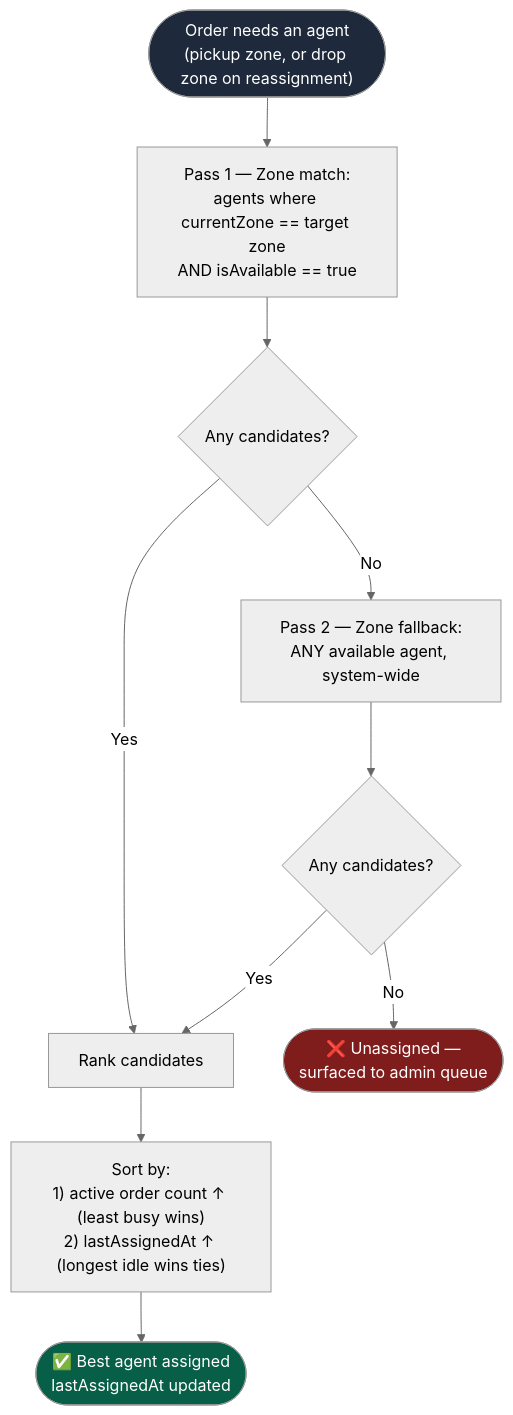
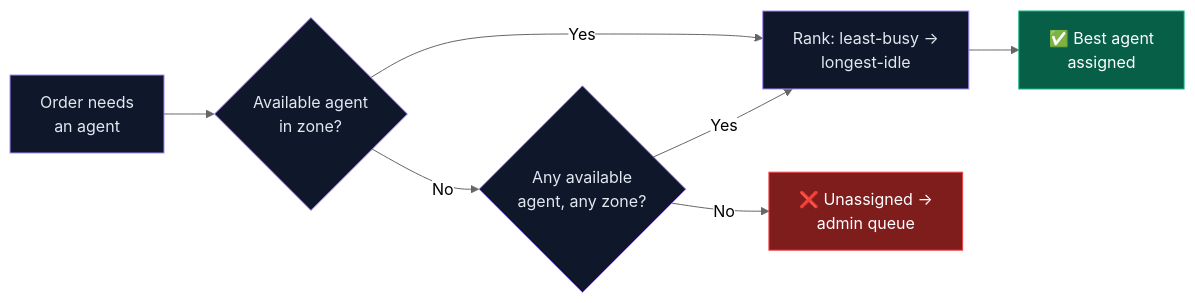
Before and after one commit to mittalsaks/LastMile_Delivery_Tracker: the third of 4 diagrams in SYSTEM_DESIGN.md, drawn with Mermaid (neutral theme). The commit also changed other lines of this file, not shown here.

````diff
--- a/SYSTEM_DESIGN.md
+++ b/SYSTEM_DESIGN.md
@@ -81,16 +82,13 @@
 ```mermaid
-flowchart TD
-    A(["Order needs an agent<br/>(pickup zone, or drop zone on reassignment)"]) --> B["Pass 1 — Zone match:<br/>agents where currentZone == target zone<br/>AND isAvailable == true"]
-    B --> C{"Any candidates?"}
-    C -- "Yes" --> E["Rank candidates"]
-    C -- "No" --> D["Pass 2 — Zone fallback:<br/>ANY available agent, system-wide"]
-    D --> C2{"Any candidates?"}
-    C2 -- "No" --> F(["❌ Unassigned —<br/>surfaced to admin queue"])
-    C2 -- "Yes" --> E
-    E --> G["Sort by:<br/>1) active order count ↑ (least busy wins)<br/>2) lastAssignedAt ↑ (longest idle wins ties)"]
-    G --> H(["✅ Best agent assigned<br/>lastAssignedAt updated"])
+flowchart LR
+    classDef s fill:#0f172a,stroke:#a78bfa,color:#e2e8f0
+    classDef ok fill:#065f46,stroke:#10b981,color:#fff
+    classDef no fill:#7f1d1d,stroke:#ef4444,color:#fff
 
-    style A fill:#1e293b,color:#fff
-    style H fill:#065f46,color:#fff
-    style F fill:#7f1d1d,color:#fff
+    A["Order needs<br/>an agent"]:::s --> B{"Available agent<br/>in zone?"}:::s
+    B -- Yes --> E["Rank: least-busy →<br/>longest-idle"]:::s
+    B -- No --> C{"Any available<br/>agent, any zone?"}:::s
+    C -- No --> F["❌ Unassigned →<br/>admin queue"]:::no
+    C -- Yes --> E
+    E --> H["✅ Best agent<br/>assigned"]:::ok
 ```
````
